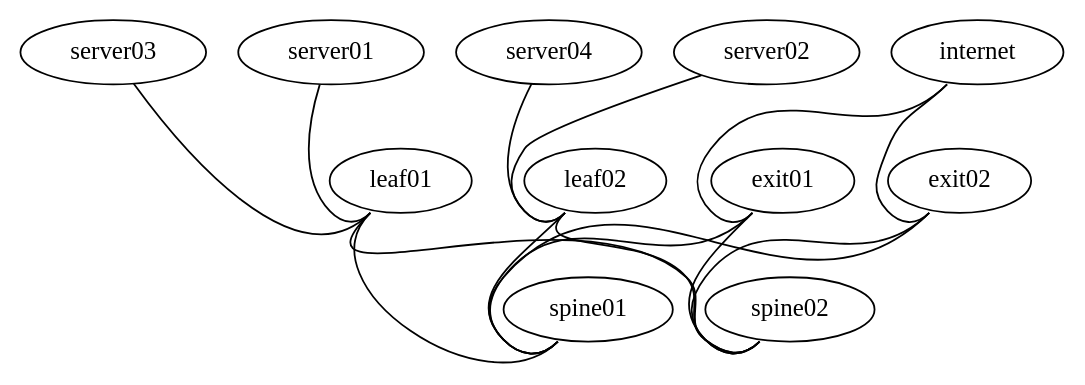
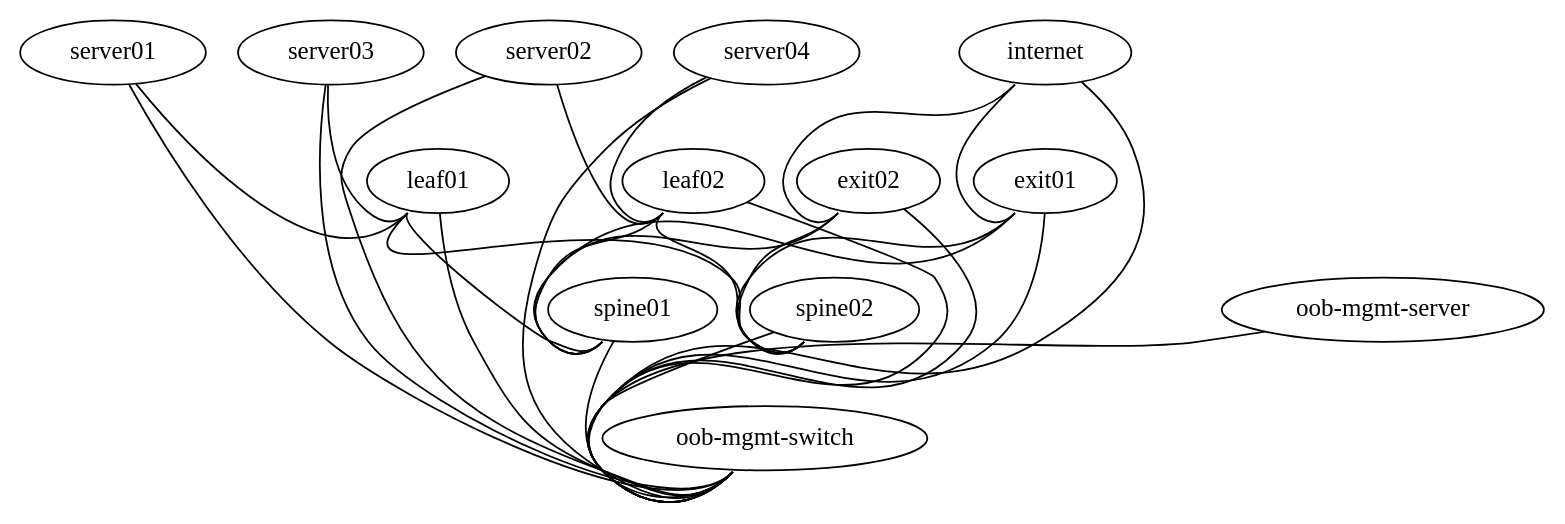
The diagram in topology.dot (Cloudofyou/cconp-lab), drawn with Graphviz before and after one commit. The commit also changed 5 other files, not shown here.

```diff
--- a/topology.dot
+++ b/topology.dot
@@ -1,31 +1,46 @@
 graph vx {
  "leaf01" [function="leaf" os="CumulusCommunity/cumulus-vx" version="3.7.3" memory="768" config="./helper_scripts/config_switch.sh" ]
  "leaf02" [function="leaf" os="CumulusCommunity/cumulus-vx" version="3.7.3" memory="768" config="./helper_scripts/config_switch.sh" ]
  "spine01" [function="spine" os="CumulusCommunity/cumulus-vx" version="3.7.3" memory="768" config="./helper_scripts/config_switch.sh" ]
  "spine02" [function="spine" os="CumulusCommunity/cumulus-vx" version="3.7.3" memory="768" config="./helper_scripts/config_switch.sh" ]
  "exit01" [function="exit" os="CumulusCommunity/cumulus-vx" version="3.7.3" memory="768" config="./helper_scripts/config_switch.sh" ]
  "exit02" [function="exit" os="CumulusCommunity/cumulus-vx" version="3.7.3" memory="768" config="./helper_scripts/config_switch.sh" ]
  "server01" [function="host" os="yk0/ubuntu-xenial" memory="512" config="./helper_scripts/config_server.sh" ]
  "server02" [function="host" os="yk0/ubuntu-xenial" memory="512" config="./helper_scripts/config_server.sh" ]
  "server03" [function="host" os="yk0/ubuntu-xenial" memory="512" config="./helper_scripts/config_server.sh" ]
  "server04" [function="host" os="yk0/ubuntu-xenial" memory="512" config="./helper_scripts/config_server.sh" ]
  "internet" [function="internet" vagrant="swp48" os="CumulusCommunity/cumulus-vx" version="3.7.3" memory="768" config="./helper_scripts/config_internet.sh" ]
+ "oob-mgmt-switch" [function="oob-switch" vagrant="eth0" os="CumulusCommunity/cumulus-vx" version="3.7.3" memory="768" config="./helper_scripts/config_oob_switch.sh" ]
+ "oob-mgmt-server" [function="oob-server" vagrant="eth0" os="CumulusCommunity/vx_oob_server" version="1.0.4" memory="1024" config="./helper_scripts/config_oob_server.sh" ]
 
  "leaf01":"swp51" -- "spine01":"swp1"
  "leaf02":"swp51" -- "spine01":"swp2"
  "leaf01":"swp52" -- "spine02":"swp1"
  "leaf02":"swp52" -- "spine02":"swp2"
 
  "server01":"eth1" -- "leaf01":"swp1" [left_mac="00:03:00:11:11:01"]
  "server02":"eth2" -- "leaf02":"swp2" [left_mac="00:03:00:22:22:02"]
- "server03":"eth2" -- "leaf01":"swp2" [left_mac="00:03:00:33:33:01"]
- "server04":"eth1" -- "leaf02":"swp1" [left_mac="00:03:00:33:33:02"]
+ "server03":"eth2" -- "leaf01":"swp2" [left_mac="00:03:00:33:33:03"]
+ "server04":"eth1" -- "leaf02":"swp1" [left_mac="00:03:00:44:44:04"]
 
  "exit01":"swp51" -- "spine01":"swp30"
  "exit01":"swp52" -- "spine02":"swp30"
  "exit02":"swp51" -- "spine01":"swp29"
  "exit02":"swp52" -- "spine02":"swp29"
 
  "internet":"swp1" -- "exit01":"swp44"
  "internet":"swp2" -- "exit02":"swp44"
+
+ "oob-mgmt-server":"eth1" -- "oob-mgmt-switch":"swp1" [right_mac="a0:00:00:00:00:61"]
+ "server01":"eth0" -- "oob-mgmt-switch":"swp2" [left_mac="a0:00:00:00:00:31"]
+ "server02":"eth0" -- "oob-mgmt-switch":"swp3" [left_mac="a0:00:00:00:00:32"]
+ "server03":"eth0" -- "oob-mgmt-switch":"swp4" [left_mac="a0:00:00:00:00:33"]
+ "server04":"eth0" -- "oob-mgmt-switch":"swp5" [left_mac="a0:00:00:00:00:34"]
+ "leaf01":"eth0" -- "oob-mgmt-switch":"swp6" [left_mac="a0:00:00:00:00:11"]
+ "leaf02":"eth0" -- "oob-mgmt-switch":"swp7" [left_mac="a0:00:00:00:00:12"]
+ "spine01":"eth0" -- "oob-mgmt-switch":"swp10" [left_mac="a0:00:00:00:00:21"]
+ "spine02":"eth0" -- "oob-mgmt-switch":"swp11" [left_mac="a0:00:00:00:00:22"]
+ "exit01":"eth0" -- "oob-mgmt-switch":"swp12" [left_mac="a0:00:00:00:00:41"]
+ "exit02":"eth0" -- "oob-mgmt-switch":"swp13" [left_mac="a0:00:00:00:00:42"]
+ "internet":"eth0" -- "oob-mgmt-switch":"swp15" [left_mac="a0:00:00:00:00:50"]
 }
```
